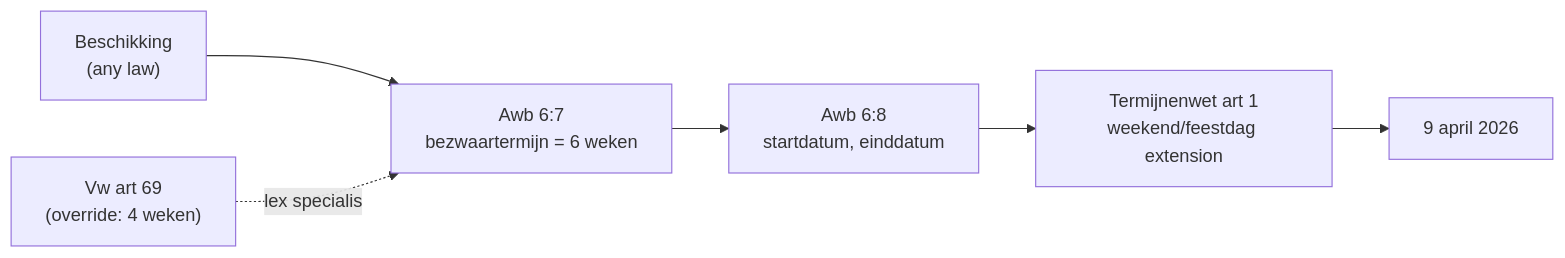
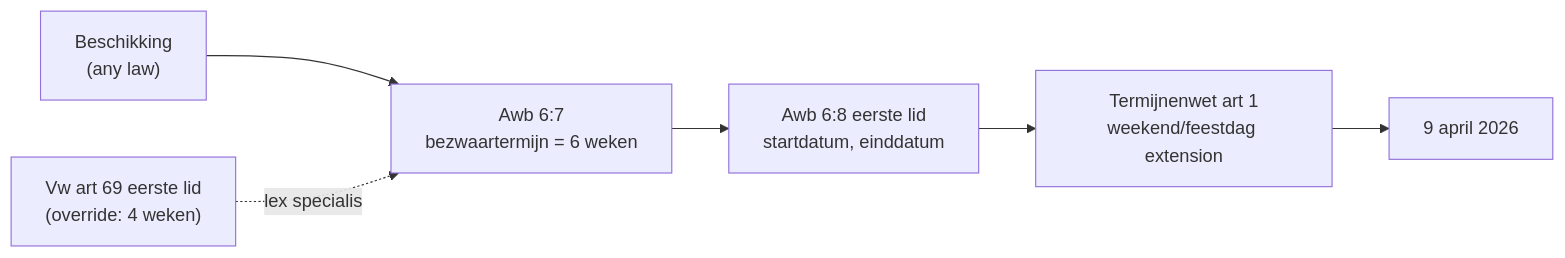
The first of 4 diagrams in docs/src/content/rfcs/rfc-007.md (MinBZK/regelrecht), drawn with Mermaid before and after one commit. The commit also changed other lines of this file, not shown here.

````diff
--- a/docs/src/content/rfcs/rfc-007.md
+++ b/docs/src/content/rfcs/rfc-007.md
@@ -22,10 +22,10 @@
 ```mermaid
 graph LR
     A["Beschikking\n(any law)"] --> B["Awb 6:7\nbezwaartermijn = 6 weken"]
-    B --> C["Awb 6:8\nstartdatum, einddatum"]
+    B --> C["Awb 6:8 eerste lid\nstartdatum, einddatum"]
     C --> D["Termijnenwet art 1\nweekend/feestdag extension"]
     D --> E["9 april 2026"]
 
-    O["Vw art 69\n(override: 4 weken)"] -.->|lex specialis| B
+    O["Vw art 69 eerste lid\n(override: 4 weken)"] -.->|lex specialis| B
 
 ```
````
